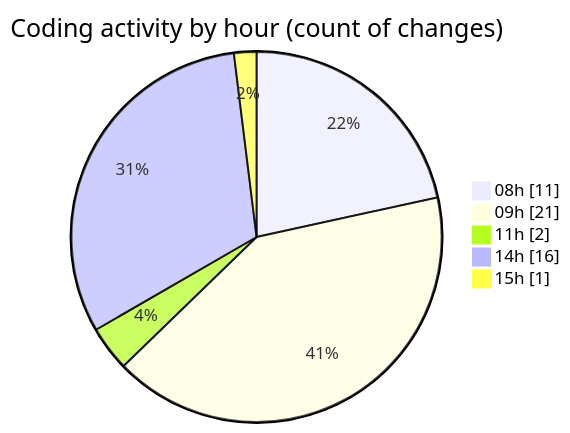
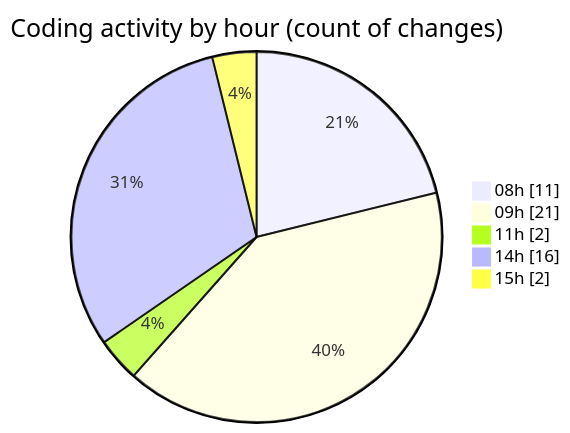
Before and after one commit to julien-gomy/code-tracking: the second of 2 diagrams in 2025-10-13/eventscop-frontend-guide__workspace_/README.md, drawn with Mermaid. The commit also changed other lines of this file and 1 other file, not shown here.

````diff
--- a/2025-10-13/eventscop-frontend-guide__workspace_/README.md
+++ b/2025-10-13/eventscop-frontend-guide__workspace_/README.md
@@ -47,9 +48,9 @@
 ```mermaid
 pie showData
 title Coding activity by hour (count of changes)
 "08h" : 11
 "09h" : 21
 "11h" : 2
 "14h" : 16
-"15h" : 1
+"15h" : 2
 ```
````
